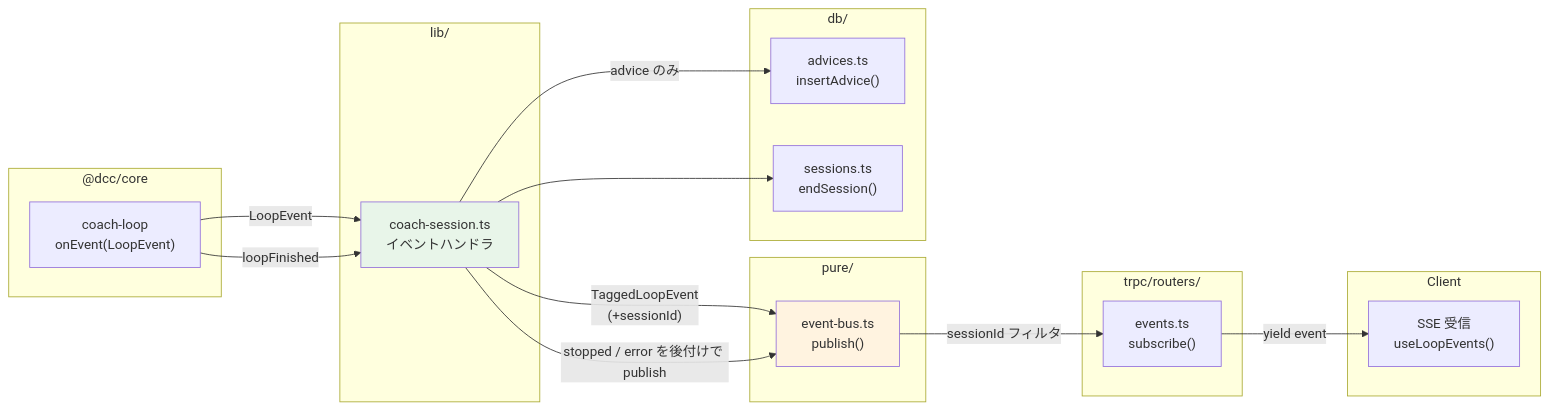
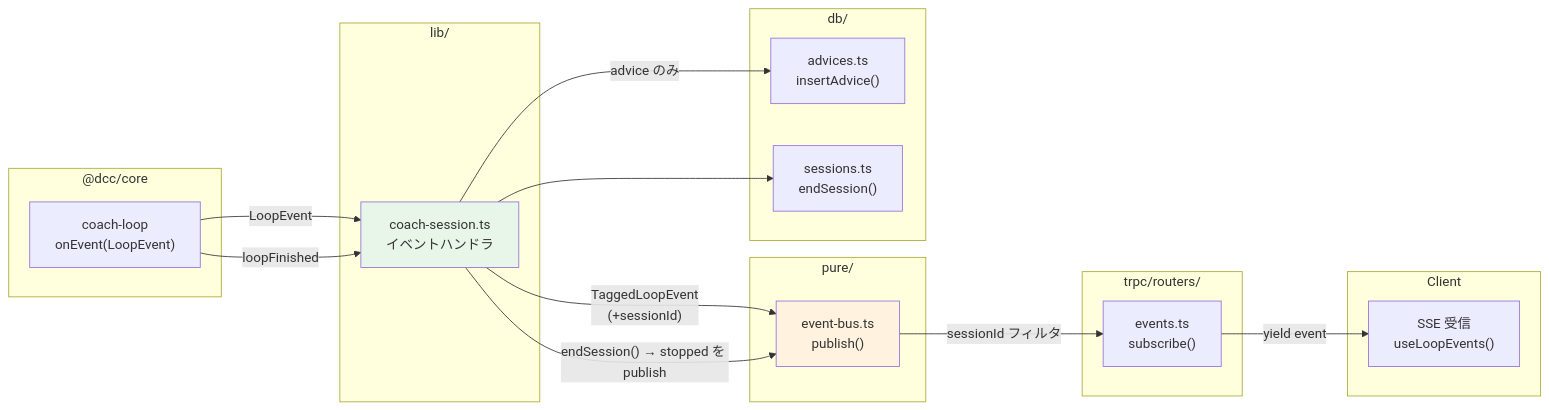
Before and after one commit to yukaorange/dcc_suport: the fifth of 9 diagrams in packages/server/docs/reading-guide.md, drawn with Mermaid. The commit also changed other lines of this file and 17 other files, not shown here.

````diff
--- a/packages/server/docs/reading-guide.md
+++ b/packages/server/docs/reading-guide.md
@@ -181,40 +181,40 @@
 ```mermaid
 flowchart LR
     subgraph "@dcc/core"
         CL["coach-loop\nonEvent(LoopEvent)"]
     end
 
     subgraph "lib/"
         CS["coach-session.ts\nイベントハンドラ"]
     end
 
     subgraph "pure/"
         EB["event-bus.ts\npublish()"]
     end
 
     subgraph "db/"
         ADV["advices.ts\ninsertAdvice()"]
         SESS["sessions.ts\nendSession()"]
     end
 
     subgraph "trpc/routers/"
         EV["events.ts\nsubscribe()"]
     end
 
     subgraph "Client"
         SSE["SSE 受信\nuseLoopEvents()"]
     end
 
     CL -->|"LoopEvent"| CS
     CS -->|"TaggedLoopEvent\n(+sessionId)"| EB
     CS -->|"advice のみ"| ADV
     EB -->|"sessionId フィルタ"| EV
     EV -->|"yield event"| SSE
 
     CL -->|"loopFinished"| CS
-    CS -->|"stopped / error を後付けで publish"| EB
+    CS -->|"endSession() → stopped を publish"| EB
     CS --> SESS
 
     style EB fill:#fff3e0
     style CS fill:#e8f5e9
 ```
````
